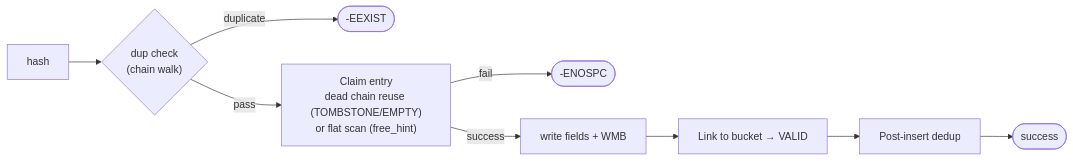
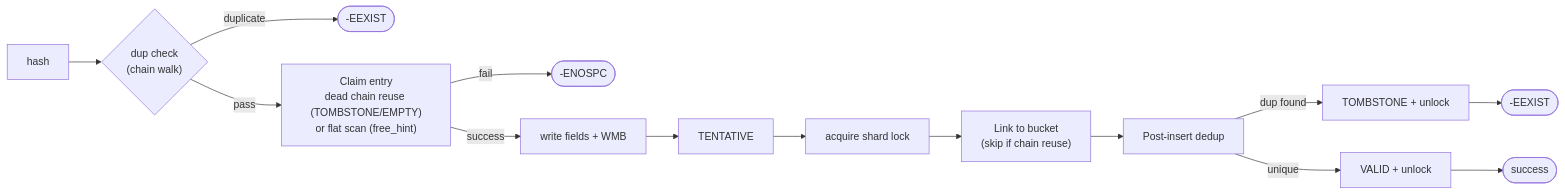
The fourth of 10 diagrams in marufs_kernel/docs/4_arch_nrht.md (seohui-XCENA/maru), drawn with Mermaid before and after one commit. The commit also changed other lines of this file and 2 other files, not shown here.

First line of the commit message:
feat: NRHT shard lock for insert serialization + TENTATIVE state

````diff
--- a/marufs_kernel/docs/4_arch_nrht.md
+++ b/marufs_kernel/docs/4_arch_nrht.md
@@ -188,12 +195,17 @@
 ```mermaid
 flowchart LR
   Resolve["hash"] --> Dup{"dup check<br/>(chain walk)"}
 
   Dup -->|duplicate| Fail(["-EEXIST"])
   Dup -->|pass| Slot["Claim entry<br/>dead chain reuse (TOMBSTONE/EMPTY)<br/>or flat scan (free_hint)"]
   Slot -->|fail| Full(["-ENOSPC"])
   Slot -->|success| Fill["write fields + WMB"]
-  Fill --> Publish["Link to bucket → VALID"]
-  Publish --> Dedup["Post-insert dedup"]
-  Dedup --> Done(["success"])
+  Fill --> Tent["TENTATIVE"]
+  Tent --> Lock["acquire shard lock"]
+  Lock --> Link["Link to bucket<br/>(skip if chain reuse)"]
+  Link --> Dedup["Post-insert dedup"]
+  Dedup -->|"dup found"| TS["TOMBSTONE + unlock"]
+  Dedup -->|"unique"| Valid["VALID + unlock"]
+  Valid --> Done(["success"])
+  TS --> Fail2(["-EEXIST"])
 ```
````
